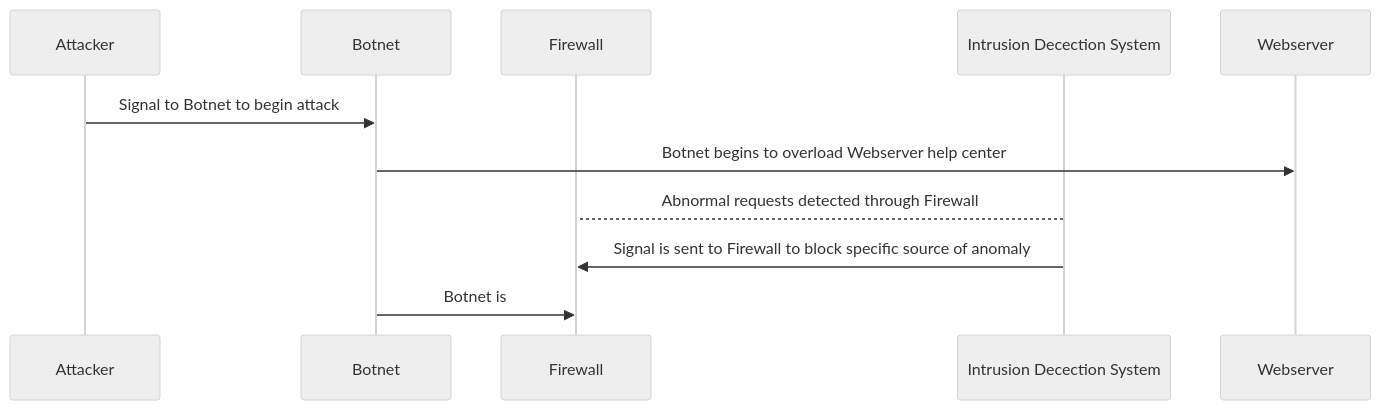
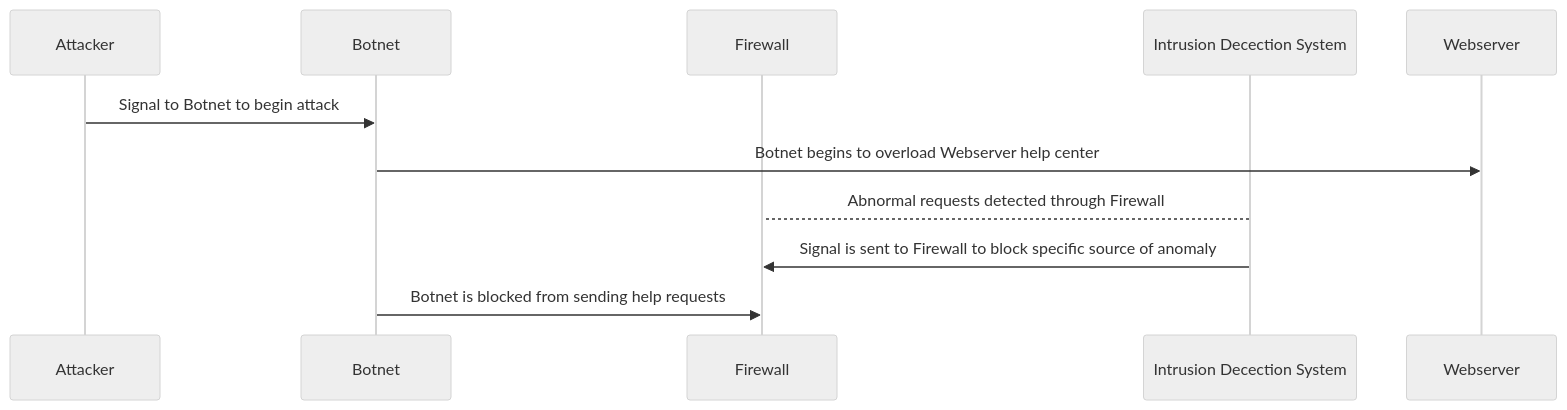
One commit to Felix-College/Felix-College.github.io changed the diagram in DDoS_Attack_Sequence.md. Above: the diagram before and after it, drawn with Mermaid (neutral theme).

````diff
--- a/DDoS_Attack_Sequence.md
+++ b/DDoS_Attack_Sequence.md
@@ -1,24 +1,24 @@
 ```mermaid
 sequenceDiagram
   participant A as Attacker
   participant B as Botnet
   participant C as Firewall
   participant D as Intrusion Decection System
   participant E as Webserver
 
 A->>B: Signal to Botnet to begin attack
 B->>E: Botnet begins to overload Webserver help center
 D-->C: Abnormal requests detected through Firewall
 D->>C: Signal is sent to Firewall to block specific source of anomaly
-B->>C: Botnet is 
+B->>C: Botnet is blocked from sending help requests
 
 
 
 
 
 
 
 
 
 
 ```
````
